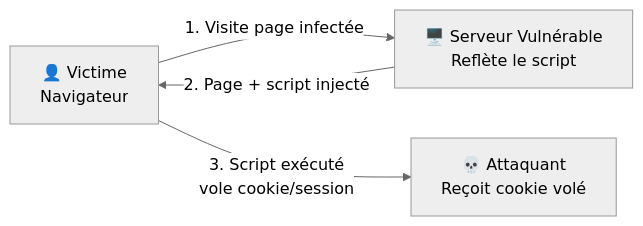
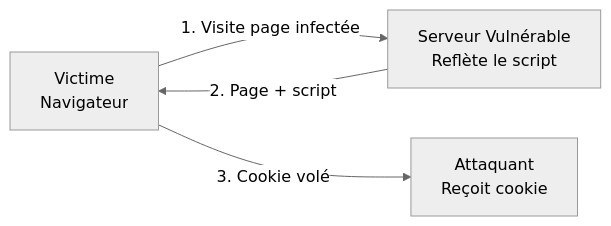
The fourth of 5 diagrams in JOUR-01.md (yugmerabtene/techniques-de-hacking-niveau-1), drawn with Mermaid (neutral theme) before and after one commit. The commit also changed other lines of this file and 8 other files, not shown here.

````diff
--- a/JOUR-01.md
+++ b/JOUR-01.md
@@ -292,6 +329,6 @@
 ```mermaid
 flowchart LR
-    A["👤 Victime<br/>Navigateur"] -->|1. Visite page infectée| B["🖥️ Serveur Vulnérable<br/>Reflète le script"]
-    B -->|2. Page + script injecté| A
-    A -->|3. Script exécuté<br/>vole cookie/session| C["💀 Attaquant<br/>Reçoit cookie volé"]
+    A["Victime<br/>Navigateur"] -->|"1. Visite page infectée"| B["Serveur Vulnérable<br/>Reflète le script"]
+    B -->|"2. Page + script"| A
+    A -->|"3. Cookie volé"| C["Attaquant<br/>Reçoit cookie"]
 ```
````
